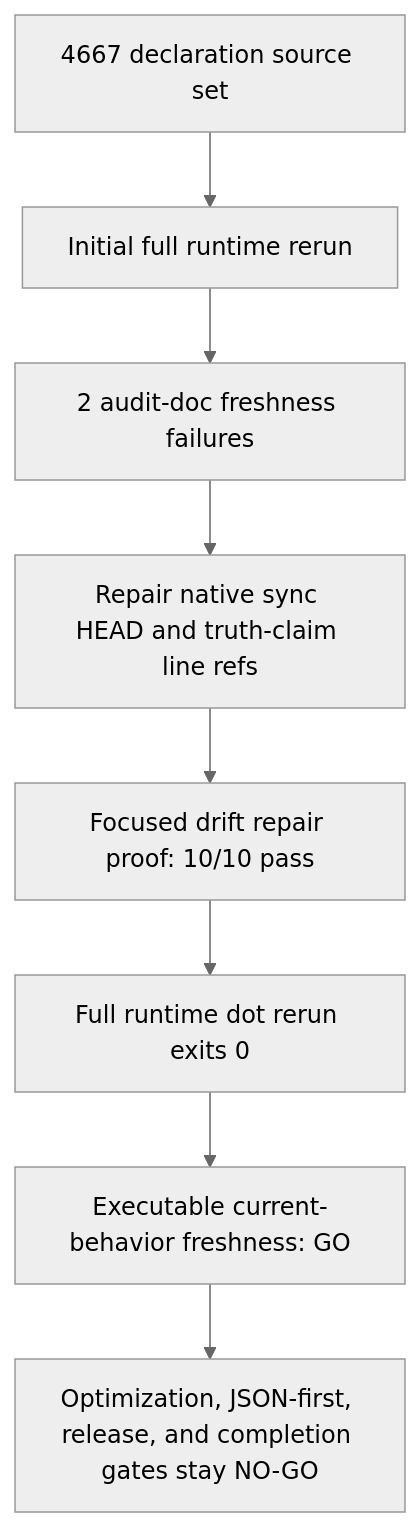
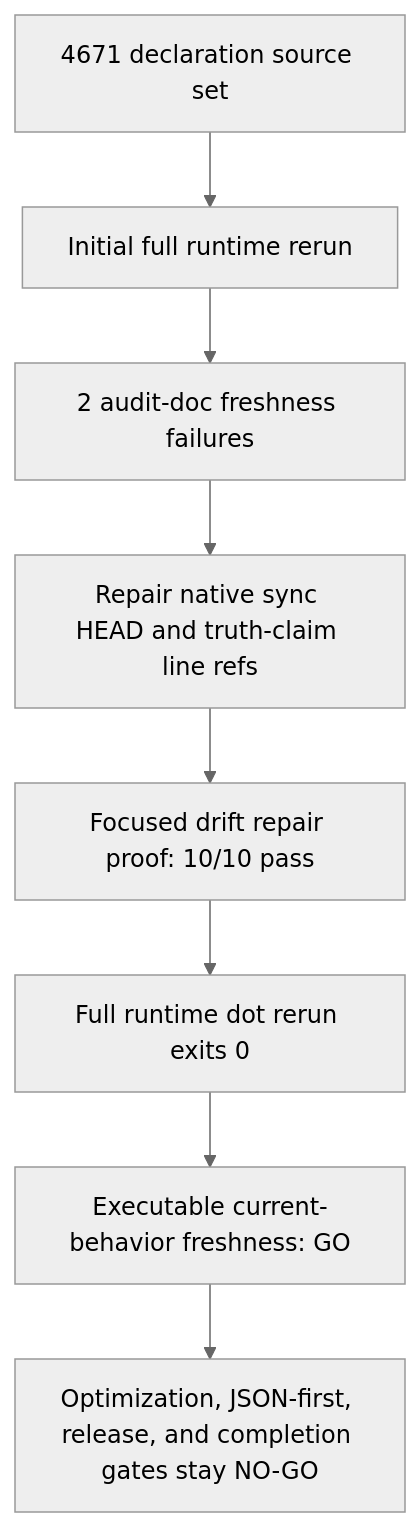
Before and after one commit to varshneydevansh/FilterTube: the sixth of 6 diagrams in docs/audit/FILTERTUBE_AUDIT_COMPLETION_GAP_REGISTER_2026-05-20.md, drawn with Mermaid (neutral theme). The commit also changed other lines of this file and 634 other files, not shown here.

````diff
--- a/docs/audit/FILTERTUBE_AUDIT_COMPLETION_GAP_REGISTER_2026-05-20.md
+++ b/docs/audit/FILTERTUBE_AUDIT_COMPLETION_GAP_REGISTER_2026-05-20.md
@@ -1954,10 +1954,10 @@
 ```mermaid
 flowchart TD
-  A["4667 declaration source set"] --> B["Initial full runtime rerun"]
+  A["4671 declaration source set"] --> B["Initial full runtime rerun"]
   B --> C["2 audit-doc freshness failures"]
   C --> D["Repair native sync HEAD and truth-claim line refs"]
   D --> E["Focused drift repair proof: 10/10 pass"]
   E --> F["Full runtime dot rerun exits 0"]
   F --> G["Executable current-behavior freshness: GO"]
   G --> H["Optimization, JSON-first, release, and completion gates stay NO-GO"]
 ```
````
